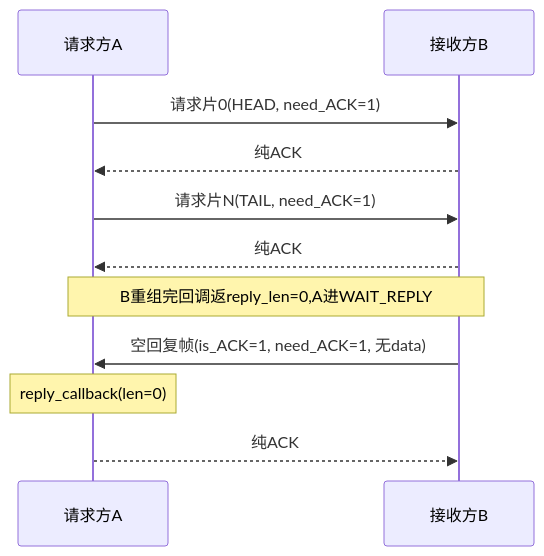
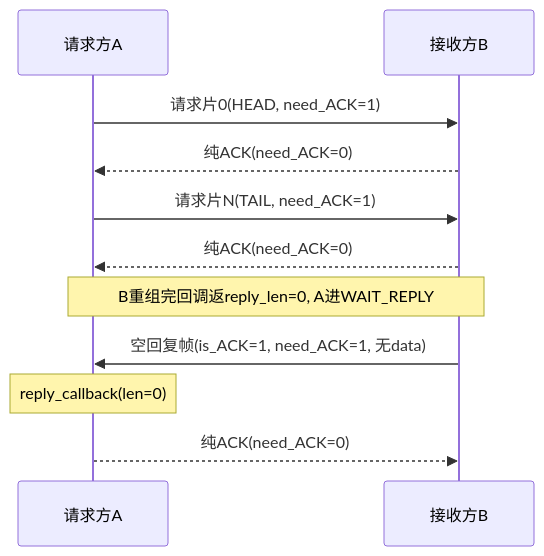
One commit to Siaiai/ObsidianNote changed the fourth of 13 diagrams in 工作/项目/代码/260401S3分拣面板-SIA-R9000P.md. Above: the diagram before and after it, drawn with Mermaid. The commit also changed other lines of this file, not shown here.

````diff
--- a/工作/项目/代码/260401S3分拣面板-SIA-R9000P.md
+++ b/工作/项目/代码/260401S3分拣面板-SIA-R9000P.md
@@ -110,13 +146,13 @@
 ```mermaid
 sequenceDiagram
     participant A as 请求方A
     participant B as 接收方B
     A->>B: 请求片0(HEAD, need_ACK=1)
-    B-->>A: 纯ACK
+    B-->>A: 纯ACK(need_ACK=0)
     A->>B: 请求片N(TAIL, need_ACK=1)
-    B-->>A: 纯ACK
-    Note over A,B: B重组完回调返reply_len=0,A进WAIT_REPLY
+    B-->>A: 纯ACK(need_ACK=0)
+    Note over A,B: B重组完回调返reply_len=0, A进WAIT_REPLY
     B->>A: 空回复帧(is_ACK=1, need_ACK=1, 无data)
     Note over A: reply_callback(len=0)
-    A-->>B: 纯ACK
+    A-->>B: 纯ACK(need_ACK=0)
 ```
````
